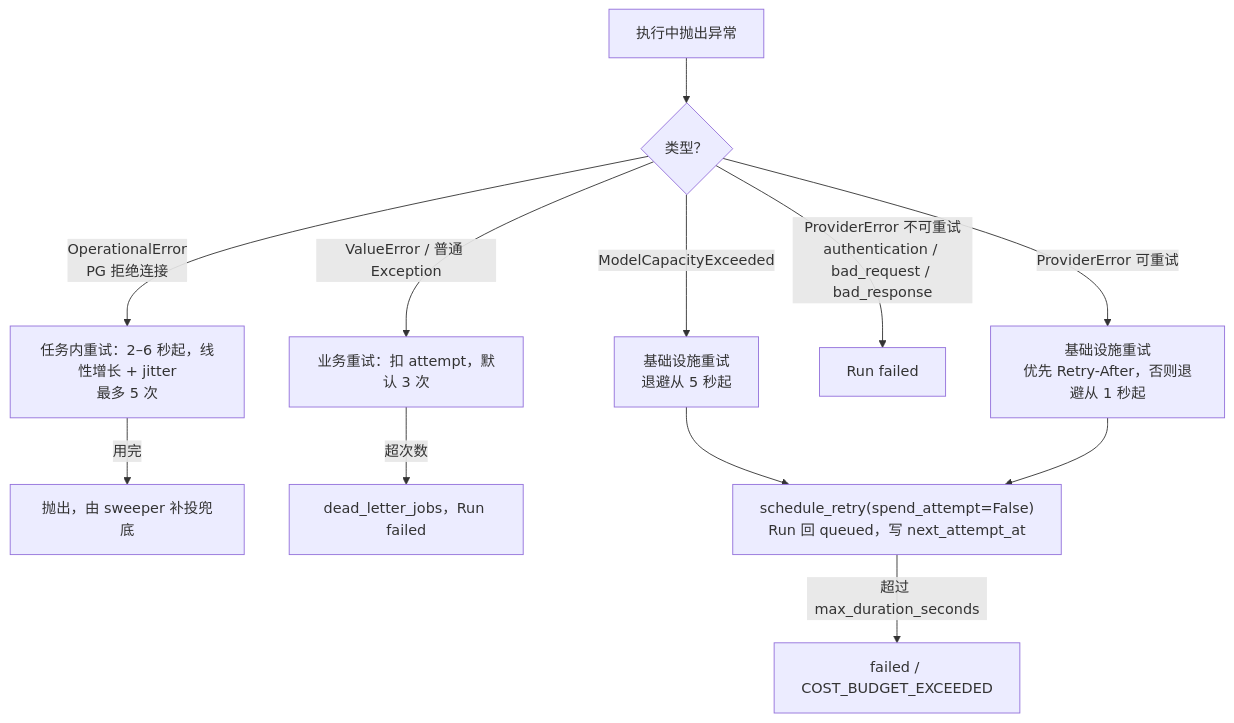
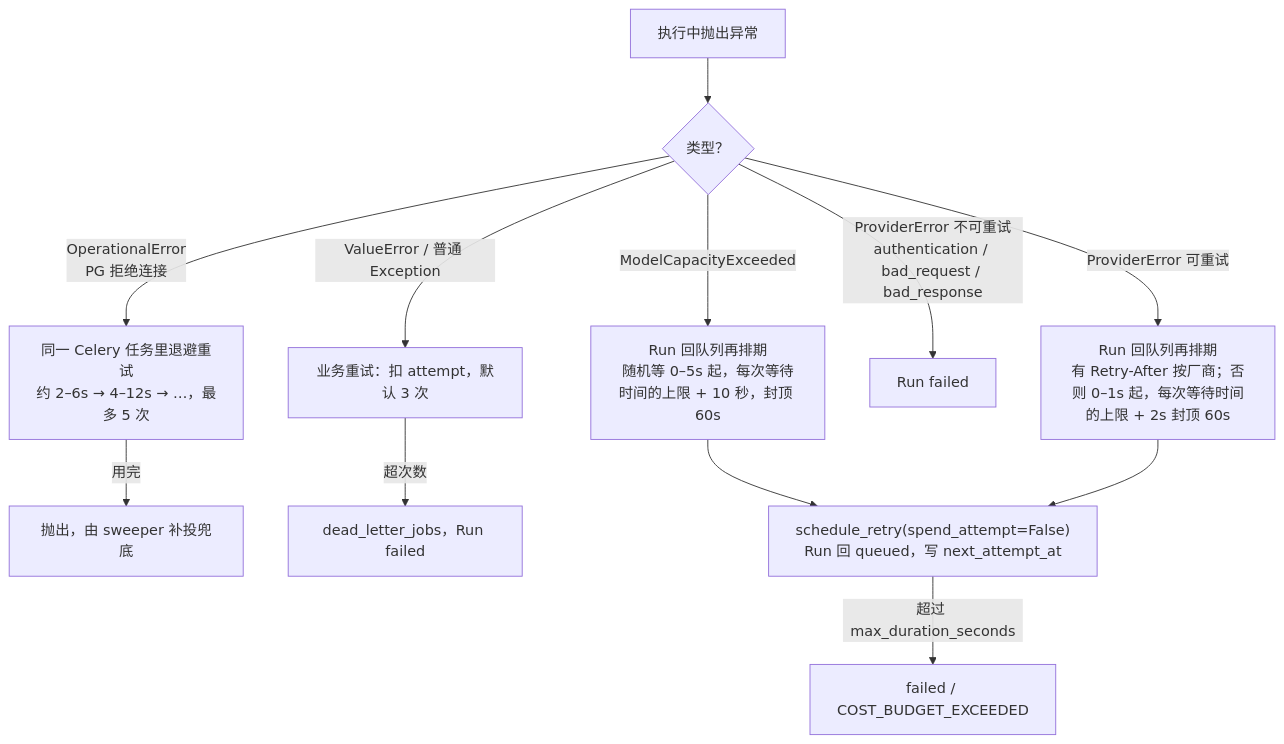
The third of 5 diagrams in docs/performance/retry.md (JuliaZzy/KA-Account-Agent), drawn with Mermaid before and after one commit. The commit also changed other lines of this file and 1 other file, not shown here.

````diff
--- a/docs/performance/retry.md
+++ b/docs/performance/retry.md
@@ -204,14 +205,14 @@
 ```mermaid
 flowchart TD
     X["执行中抛出异常"] --> T{"类型？"}
-    T -->|"OperationalError<br/>PG 拒绝连接"| D1["任务内重试：2–6 秒起，线性增长 + jitter<br/>最多 5 次"]
+    T -->|"OperationalError<br/>PG 拒绝连接"| D1["同一 Celery 任务里退避重试<br/>约 2–6s → 4–12s → …，最多 5 次"]
     D1 -->|"用完"| D2["抛出，由 sweeper 补投兜底"]
-    T -->|"ModelCapacityExceeded"| I1["基础设施重试<br/>退避从 5 秒起"]
-    T -->|"ProviderError 可重试"| I2["基础设施重试<br/>优先 Retry-After，否则退避从 1 秒起"]
+    T -->|"ModelCapacityExceeded"| I1["Run 回队列再排期<br/>随机等 0–5s 起，每次等待时间的上限 + 10 秒，封顶 60s"]
+    T -->|"ProviderError 可重试"| I2["Run 回队列再排期<br/>有 Retry-After 按厂商；否则 0–1s 起，每次等待时间的上限 + 2s 封顶 60s"]
     T -->|"ProviderError 不可重试<br/>authentication / bad_request / bad_response"| F["Run failed"]
     T -->|"ValueError / 普通 Exception"| B1["业务重试：扣 attempt，默认 3 次"]
     B1 -->|"超次数"| DL["dead_letter_jobs，Run failed"]
     I1 --> Q["schedule_retry(spend_attempt=False)<br/>Run 回 queued，写 next_attempt_at"]
     I2 --> Q
     Q -->|"超过 max_duration_seconds"| CB["failed / COST_BUDGET_EXCEEDED"]
 ```
````
